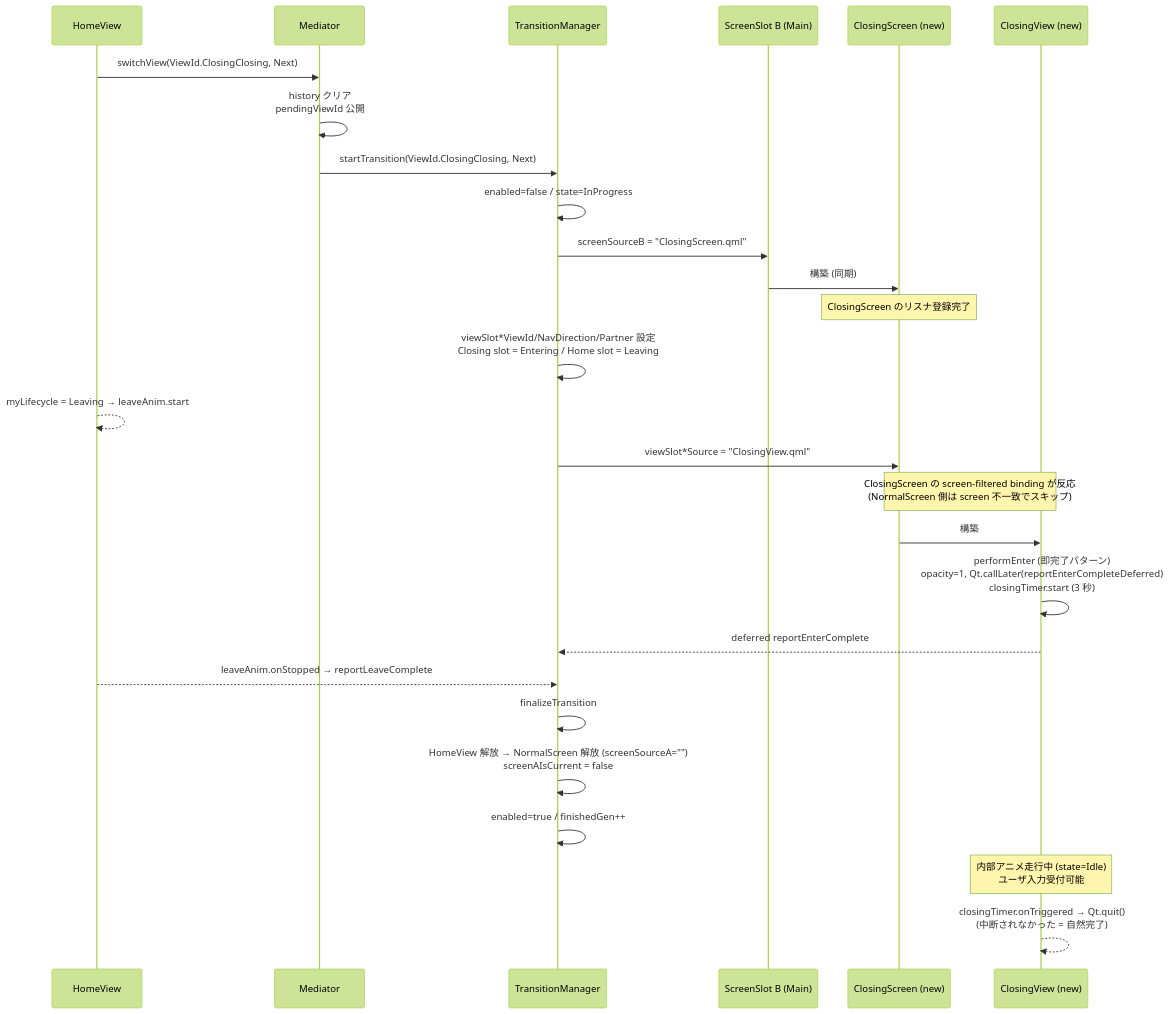
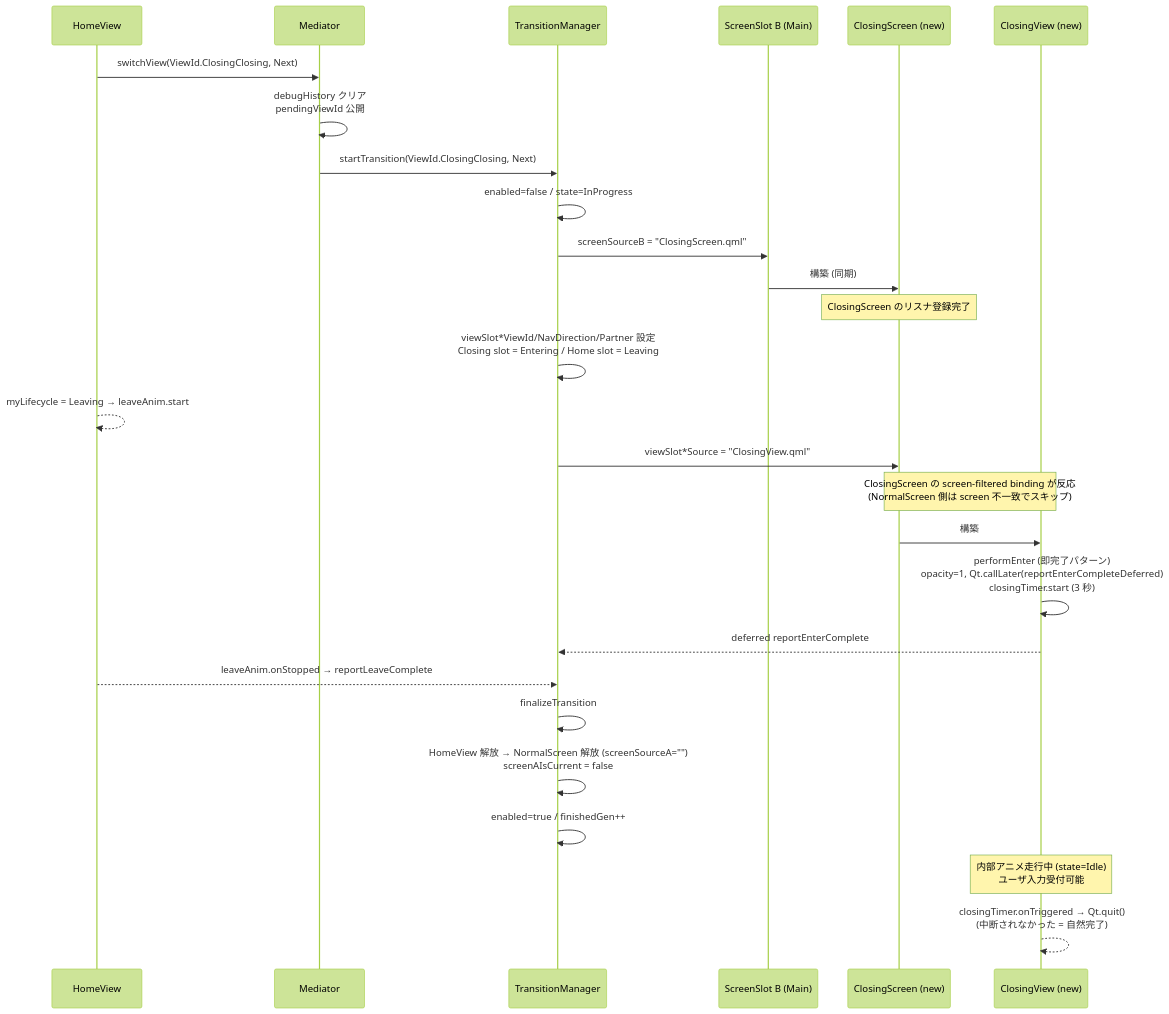
One commit to yuya-kadono/qul-loader-navigation-poc changed the sixth of 11 diagrams in docs/flows.md. Above: the diagram before and after it, drawn with Mermaid (forest theme). The commit also changed other lines of this file and 14 other files, not shown here.

````diff
--- a/docs/flows.md
+++ b/docs/flows.md
@@ -188,35 +188,35 @@
 ```mermaid
 sequenceDiagram
     participant Home as HomeView
     participant Med as Mediator
     participant TM as TransitionManager
     participant SS as ScreenSlot B (Main)
     participant CS as ClosingScreen (new)
     participant CV as ClosingView (new)
 
     Home->>Med: switchView(ViewId.ClosingClosing, Next)
-    Med->>Med: history クリア<br>pendingViewId 公開
+    Med->>Med: debugHistory クリア<br>pendingViewId 公開
     Med->>TM: startTransition(ViewId.ClosingClosing, Next)
     TM->>TM: enabled=false / state=InProgress
 
     TM->>SS: screenSourceB = "ClosingScreen.qml"
     SS->>CS: 構築 (同期)
     Note over CS: ClosingScreen のリスナ登録完了
 
     TM->>TM: viewSlot*ViewId/NavDirection/Partner 設定<br>Closing slot = Entering / Home slot = Leaving
     Home-->>Home: myLifecycle = Leaving → leaveAnim.start
 
     TM->>CS: viewSlot*Source = "ClosingView.qml"
     Note over CS,CV: ClosingScreen の screen-filtered binding が反応<br>(NormalScreen 側は screen 不一致でスキップ)
     CS->>CV: 構築
     CV->>CV: performEnter (即完了パターン)<br>opacity=1, Qt.callLater(reportEnterCompleteDeferred)<br>closingTimer.start (3 秒)
     CV-->>TM: deferred reportEnterComplete
 
     Home-->>TM: leaveAnim.onStopped → reportLeaveComplete
     TM->>TM: finalizeTransition
     TM->>TM: HomeView 解放 → NormalScreen 解放 (screenSourceA="")<br>screenAIsCurrent = false
     TM->>TM: enabled=true / finishedGen++
 
     Note over CV: 内部アニメ走行中 (state=Idle)<br>ユーザ入力受付可能
     CV-->>CV: closingTimer.onTriggered → Qt.quit()<br>(中断されなかった = 自然完了)
 ```
````
